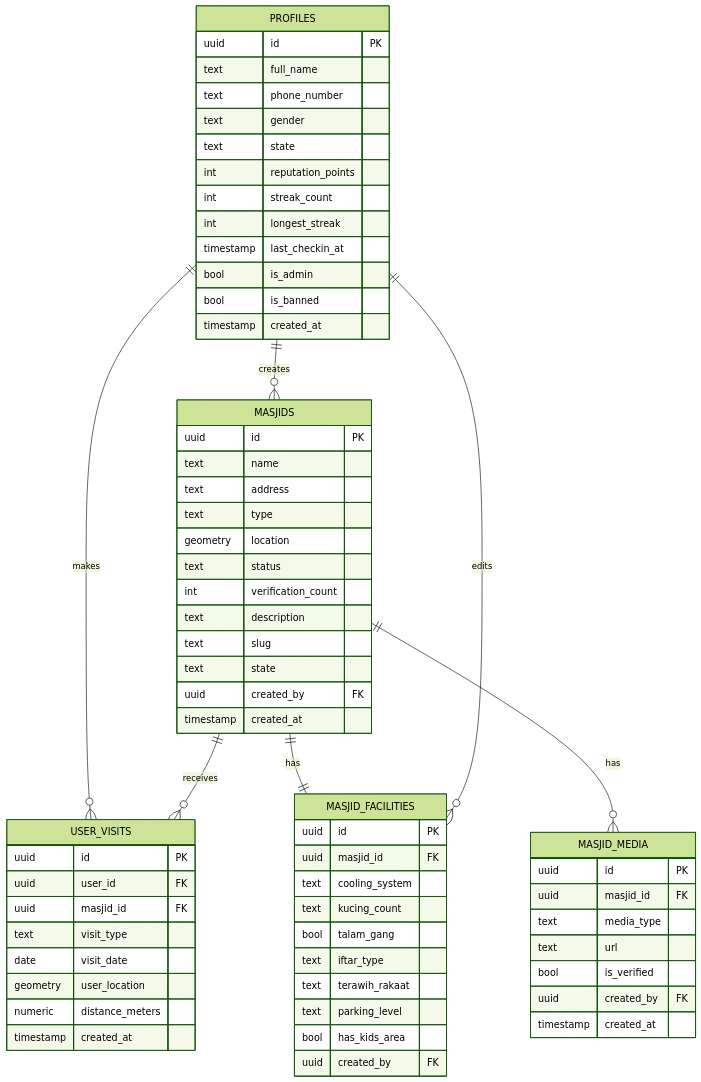
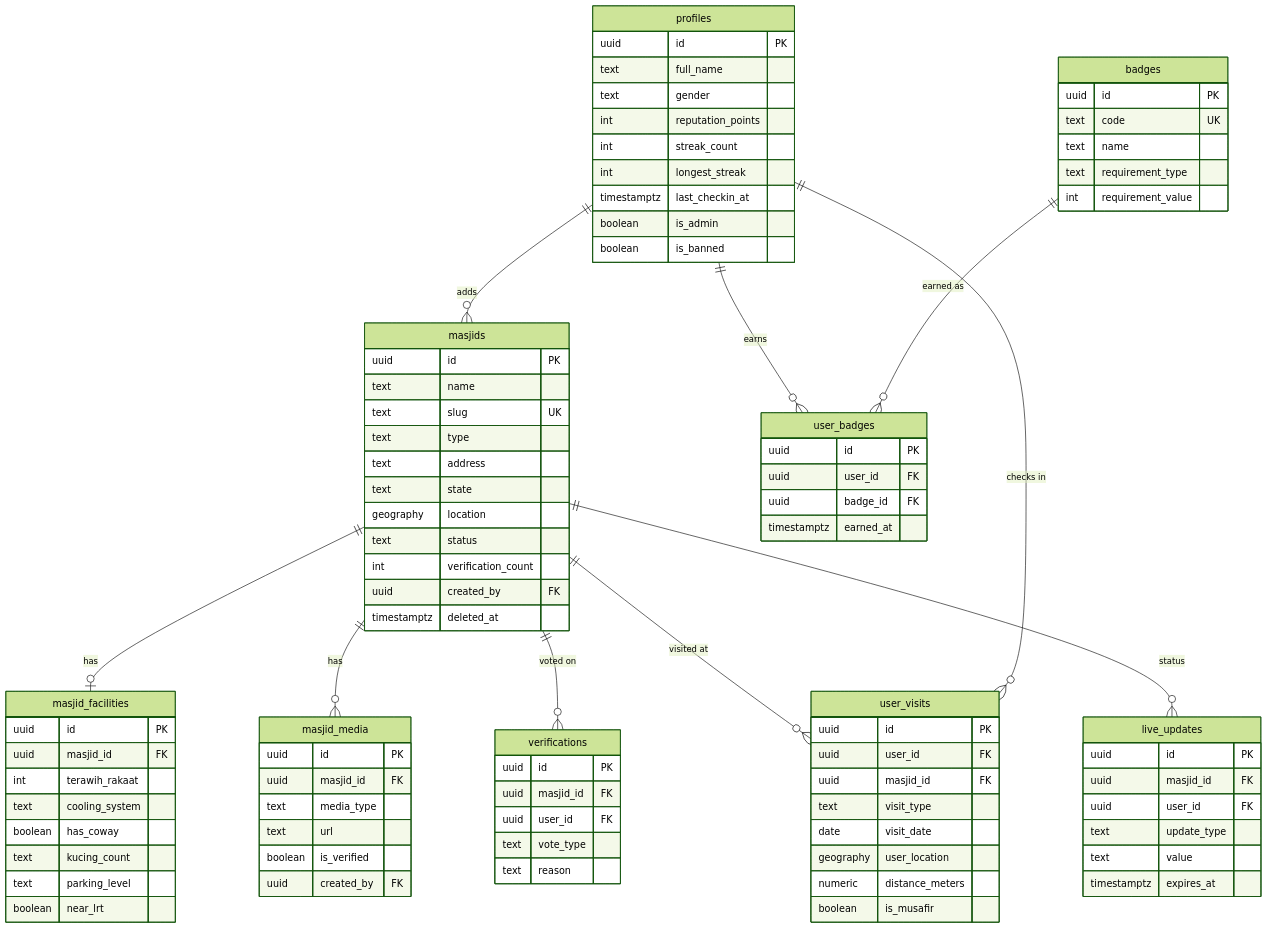
Before and after one commit to snsyaqirah/snsyaqirah.github.io: the eighth of 15 diagrams in portfolio-react/public/docs/singgahluhh.md, drawn with Mermaid (forest theme). The commit also changed other lines of this file and 101 other files, not shown here.

````diff
--- a/portfolio-react/public/docs/singgahluhh.md
+++ b/portfolio-react/public/docs/singgahluhh.md
@@ -409,73 +297,92 @@
 ```mermaid
 erDiagram
-    PROFILES {
+    profiles {
         uuid id PK
         text full_name
-        text phone_number
         text gender
-        text state
         int reputation_points
         int streak_count
         int longest_streak
-        timestamp last_checkin_at
-        bool is_admin
-        bool is_banned
-        timestamp created_at
+        timestamptz last_checkin_at
+        boolean is_admin
+        boolean is_banned
     }
-
-    MASJIDS {
+    masjids {
         uuid id PK
         text name
+        text slug UK
+        text type
         text address
-        text type
-        geometry location
+        text state
+        geography location
         text status
         int verification_count
-        text description
-        text slug
-        text state
         uuid created_by FK
-        timestamp created_at
+        timestamptz deleted_at
     }
-
-    MASJID_FACILITIES {
+    masjid_facilities {
         uuid id PK
         uuid masjid_id FK
+        int terawih_rakaat
         text cooling_system
+        boolean has_coway
         text kucing_count
-        bool talam_gang
-        text iftar_type
-        text terawih_rakaat
         text parking_level
-        bool has_kids_area
-        uuid created_by FK
+        boolean near_lrt
     }
-
-    MASJID_MEDIA {
+    masjid_media {
         uuid id PK
         uuid masjid_id FK
         text media_type
         text url
-        bool is_verified
+        boolean is_verified
         uuid created_by FK
-        timestamp created_at
     }
-
-    USER_VISITS {
+    user_visits {
         uuid id PK
         uuid user_id FK
         uuid masjid_id FK
         text visit_type
         date visit_date
-        geometry user_location
+        geography user_location
         numeric distance_meters
-        timestamp created_at
+        boolean is_musafir
     }
-
-    PROFILES ||--o{ USER_VISITS : "makes"
-    MASJIDS ||--|| MASJID_FACILITIES : "has"
-    MASJIDS ||--o{ MASJID_MEDIA : "has"
-    MASJIDS ||--o{ USER_VISITS : "receives"
-    PROFILES ||--o{ MASJIDS : "creates"
-    PROFILES ||--o{ MASJID_FACILITIES : "edits"
+    verifications {
+        uuid id PK
+        uuid masjid_id FK
+        uuid user_id FK
+        text vote_type
+        text reason
+    }
+    live_updates {
+        uuid id PK
+        uuid masjid_id FK
+        uuid user_id FK
+        text update_type
+        text value
+        timestamptz expires_at
+    }
+    badges {
+        uuid id PK
+        text code UK
+        text name
+        text requirement_type
+        int requirement_value
+    }
+    user_badges {
+        uuid id PK
+        uuid user_id FK
+        uuid badge_id FK
+        timestamptz earned_at
+    }
+    profiles ||--o{ masjids : "adds"
+    masjids ||--o| masjid_facilities : "has"
+    masjids ||--o{ masjid_media : "has"
+    profiles ||--o{ user_visits : "checks in"
+    masjids ||--o{ user_visits : "visited at"
+    masjids ||--o{ verifications : "voted on"
+    masjids ||--o{ live_updates : "status"
+    badges ||--o{ user_badges : "earned as"
+    profiles ||--o{ user_badges : "earns"
 ```
````
